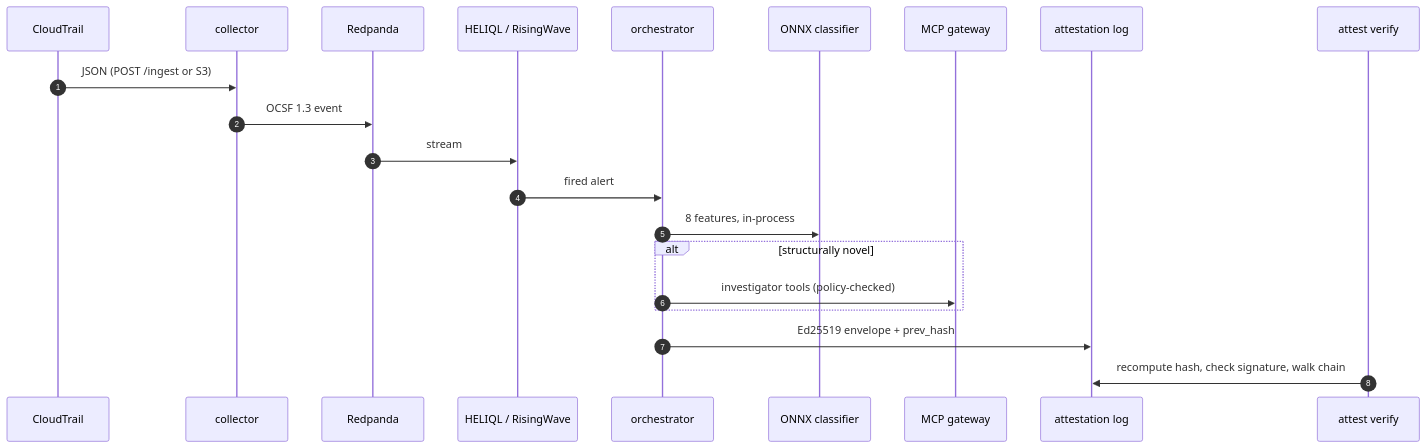
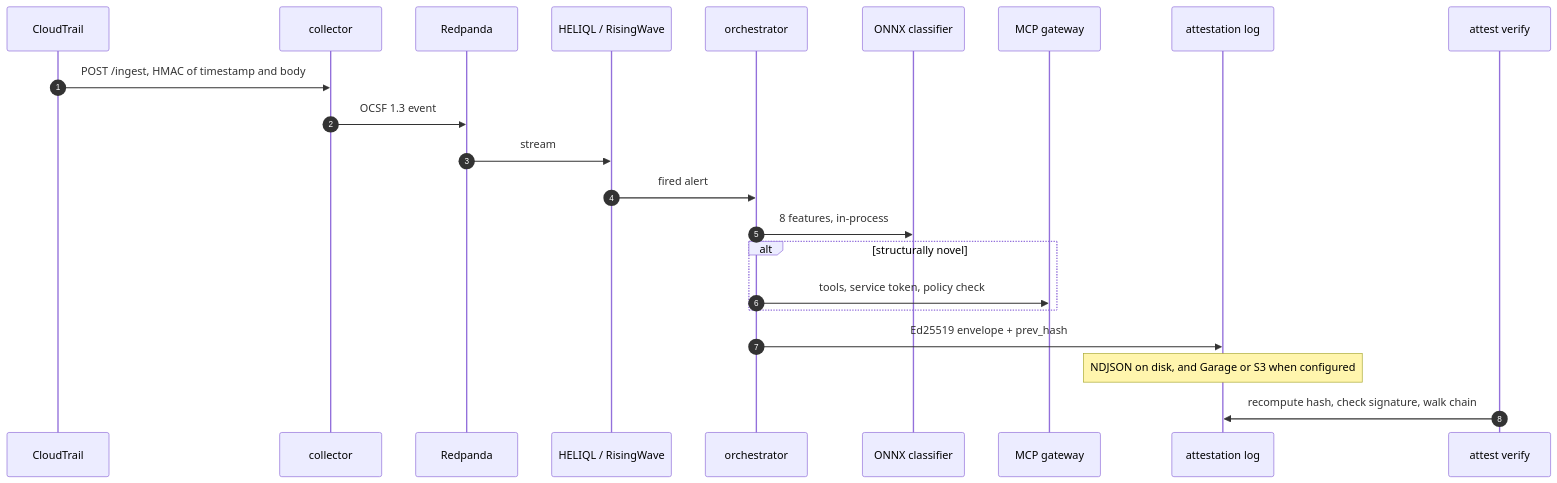
Before and after one commit to mhomaid/attest: the first of 4 diagrams in README.md, drawn with Mermaid. The commit also changed other lines of this file and 1 other file, not shown here.

First line of the commit message:
docs: record service auth in the README and T-010 evidence [T-010]

````diff
--- a/README.md
+++ b/README.md
@@ -41,24 +41,25 @@
 ```mermaid
 sequenceDiagram
   autonumber
   participant CT as CloudTrail
   participant Col as collector
   participant Bus as Redpanda
   participant Det as HELIQL / RisingWave
   participant Orch as orchestrator
   participant ONNX as ONNX classifier
   participant MCP as MCP gateway
   participant Log as attestation log
   participant CLI as attest verify
 
-  CT->>Col: JSON (POST /ingest or S3)
+  CT->>Col: POST /ingest, HMAC of timestamp and body
   Col->>Bus: OCSF 1.3 event
   Bus->>Det: stream
   Det->>Orch: fired alert
   Orch->>ONNX: 8 features, in-process
   alt structurally novel
-    Orch->>MCP: investigator tools (policy-checked)
+    Orch->>MCP: tools, service token, policy check
   end
   Orch->>Log: Ed25519 envelope + prev_hash
+  Note over Log: NDJSON on disk, and Garage or S3 when configured
   CLI->>Log: recompute hash, check signature, walk chain
 ```
````
